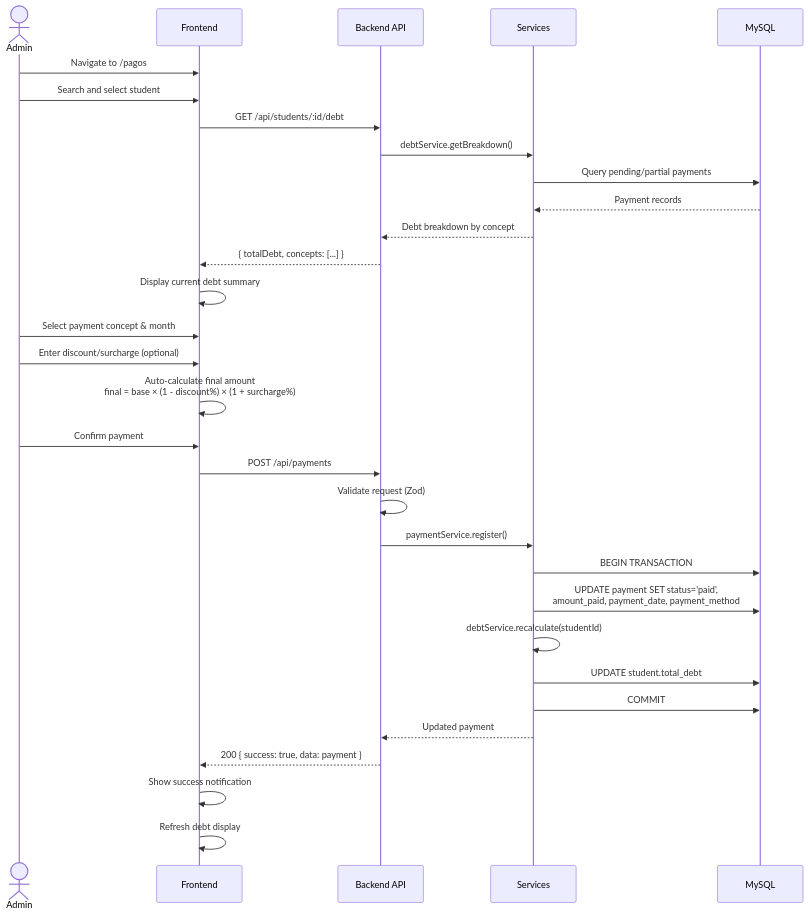
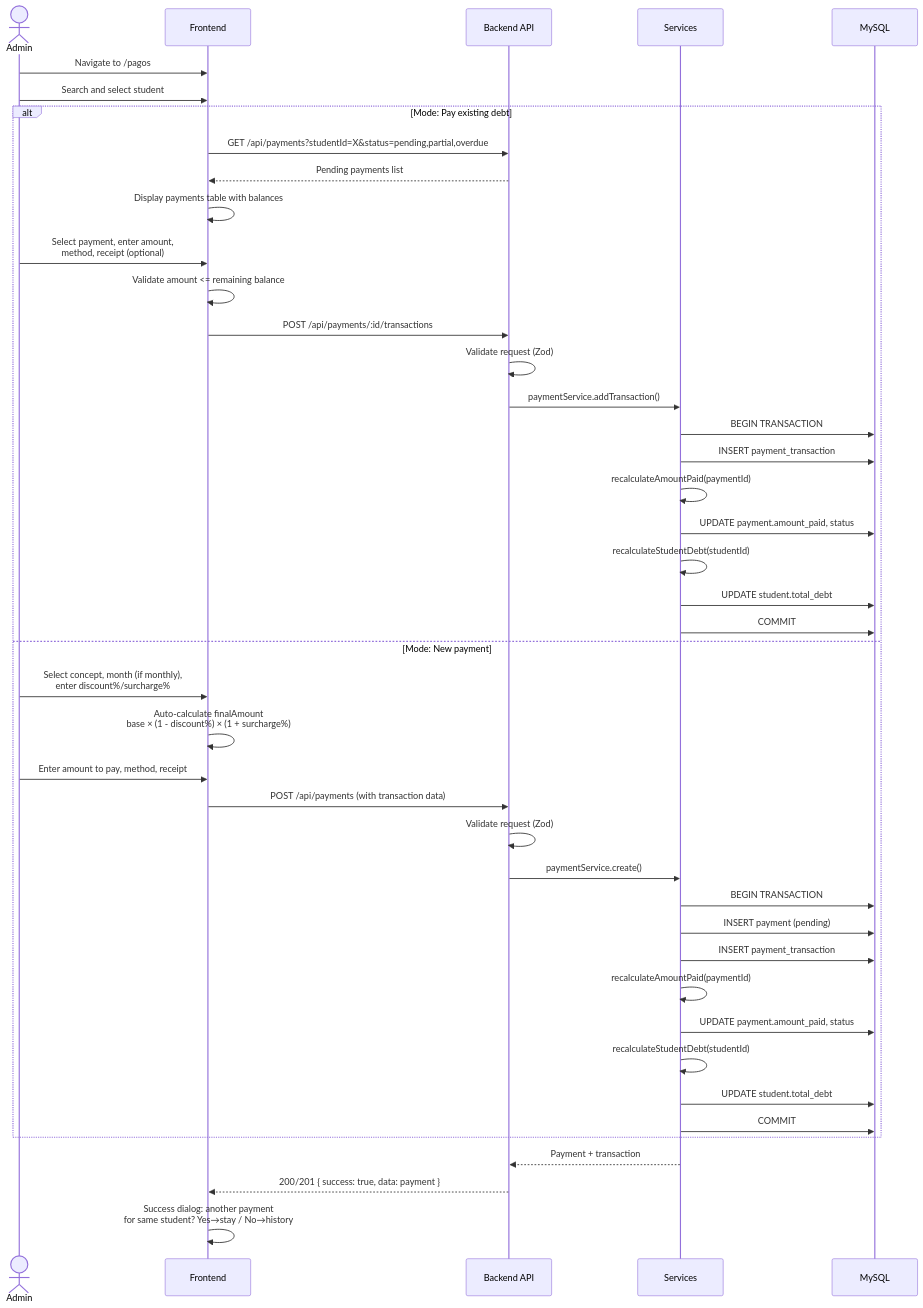
One commit to OmarERz/Sistema_Gestion_Escolar changed the third of 7 diagrams in docs/Architecture.md. Above: the diagram before and after it, drawn with Mermaid. The commit also changed other lines of this file and 5 other files, not shown here.

First line of the commit message:
Implement Payment Transactions model & debt service (Step 10A)

````diff
--- a/docs/Architecture.md
+++ b/docs/Architecture.md
@@ -192,38 +194,52 @@
 ```mermaid
 sequenceDiagram
     actor Admin
     participant FE as Frontend
     participant API as Backend API
     participant SVC as Services
     participant DB as MySQL
 
     Admin->>FE: Navigate to /pagos
     Admin->>FE: Search and select student
-    FE->>API: GET /api/students/:id/debt
-    API->>SVC: debtService.getBreakdown()
-    SVC->>DB: Query pending/partial payments
-    DB-->>SVC: Payment records
-    SVC-->>API: Debt breakdown by concept
-    API-->>FE: { totalDebt, concepts: [...] }
-    FE->>FE: Display current debt summary
 
-    Admin->>FE: Select payment concept & month
-    Admin->>FE: Enter discount/surcharge (optional)
-    FE->>FE: Auto-calculate final amount<br/>final = base × (1 - discount%) × (1 + surcharge%)
+    alt Mode: Pay existing debt
+        FE->>API: GET /api/payments?studentId=X&status=pending,partial,overdue
+        API-->>FE: Pending payments list
+        FE->>FE: Display payments table with balances
 
-    Admin->>FE: Confirm payment
-    FE->>API: POST /api/payments
-    API->>API: Validate request (Zod)
-    API->>SVC: paymentService.register()
+        Admin->>FE: Select payment, enter amount,<br/>method, receipt (optional)
+        FE->>FE: Validate amount <= remaining balance
+        FE->>API: POST /api/payments/:id/transactions
+        API->>API: Validate request (Zod)
+        API->>SVC: paymentService.addTransaction()
 
-    SVC->>DB: BEGIN TRANSACTION
-    SVC->>DB: UPDATE payment SET status='paid',<br/>amount_paid, payment_date, payment_method
-    SVC->>SVC: debtService.recalculate(studentId)
-    SVC->>DB: UPDATE student.total_debt
-    SVC->>DB: COMMIT
+        SVC->>DB: BEGIN TRANSACTION
+        SVC->>DB: INSERT payment_transaction
+        SVC->>SVC: recalculateAmountPaid(paymentId)
+        SVC->>DB: UPDATE payment.amount_paid, status
+        SVC->>SVC: recalculateStudentDebt(studentId)
+        SVC->>DB: UPDATE student.total_debt
+        SVC->>DB: COMMIT
 
-    SVC-->>API: Updated payment
-    API-->>FE: 200 { success: true, data: payment }
-    FE->>FE: Show success notification
-    FE->>FE: Refresh debt display
+    else Mode: New payment
+        Admin->>FE: Select concept, month (if monthly),<br/>enter discount%/surcharge%
+        FE->>FE: Auto-calculate finalAmount<br/>base × (1 - discount%) × (1 + surcharge%)
+        Admin->>FE: Enter amount to pay, method, receipt
+        FE->>API: POST /api/payments (with transaction data)
+        API->>API: Validate request (Zod)
+        API->>SVC: paymentService.create()
+
+        SVC->>DB: BEGIN TRANSACTION
+        SVC->>DB: INSERT payment (pending)
+        SVC->>DB: INSERT payment_transaction
+        SVC->>SVC: recalculateAmountPaid(paymentId)
+        SVC->>DB: UPDATE payment.amount_paid, status
+        SVC->>SVC: recalculateStudentDebt(studentId)
+        SVC->>DB: UPDATE student.total_debt
+        SVC->>DB: COMMIT
+    end
+
+    SVC-->>API: Payment + transaction
+    API-->>FE: 200/201 { success: true, data: payment }
+    FE->>FE: Success dialog: another payment<br/>for same student? Yes→stay / No→history
 ```
````
